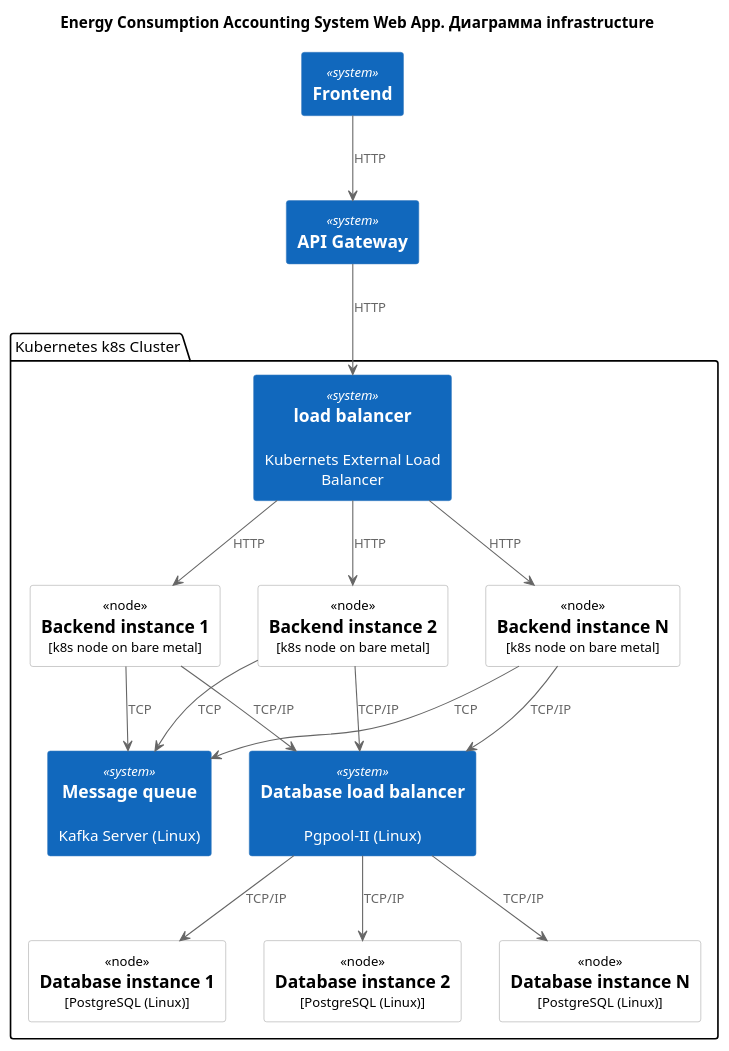
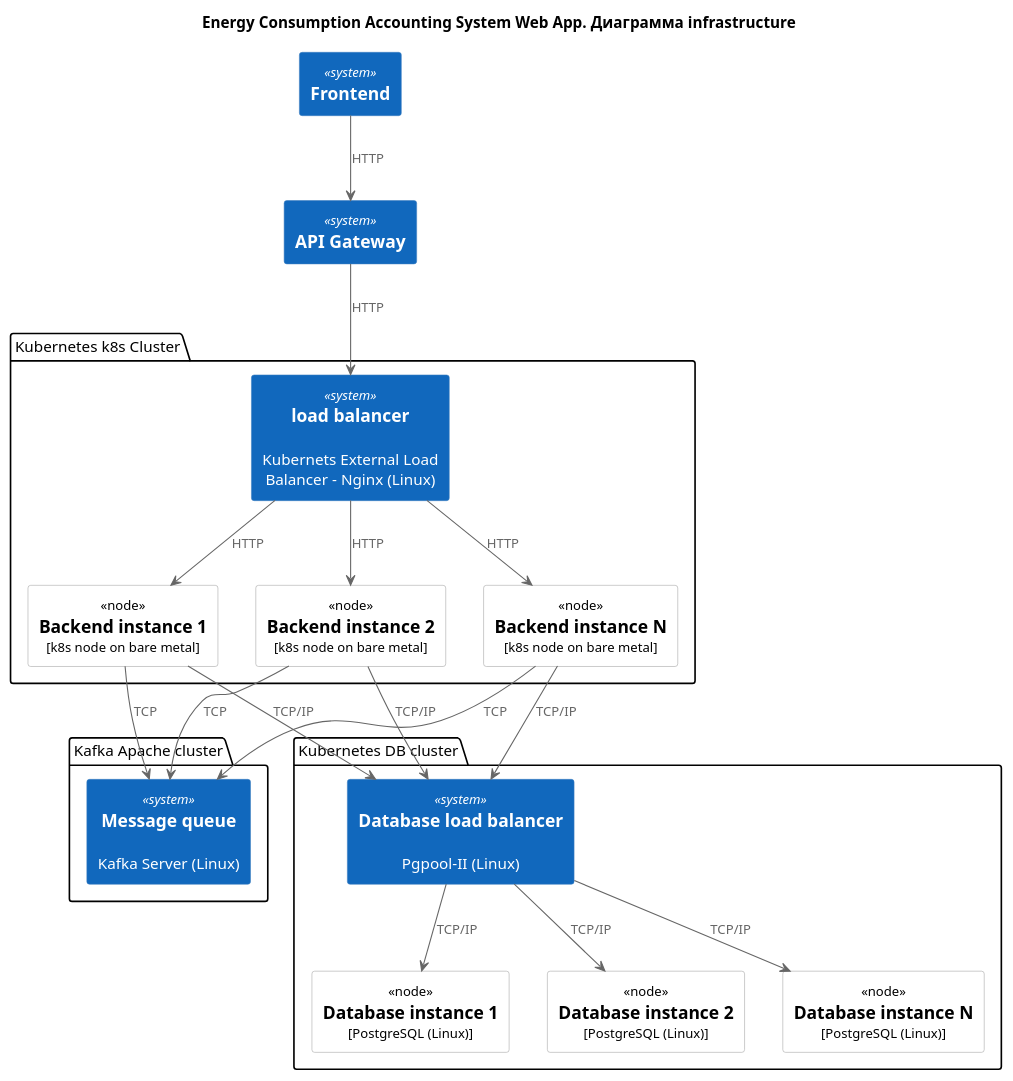
One commit to Grishw/PPO changed the diagram in 2. Технический проект/C4/infrastructure.puml. Above: the diagram before and after it, drawn with PlantUML.

```diff
--- a/2. Технический проект/C4/infrastructure.puml
+++ b/2. Технический проект/C4/infrastructure.puml
@@ -1,55 +1,56 @@
 @startuml Energy Consumption Accounting System Web App. Диаграмма infrastructure
 ' C4
 !include https://raw.githubusercontent.com/plantuml-stdlib/C4-PlantUML/master/C4_Deployment.puml
 
 '
 title "Energy Consumption Accounting System Web App. Диаграмма infrastructure"
 
 '
 System(trading_frontend_instance, "Frontend")
 System(trading_api_gateway, "API Gateway")
 
 
 
 package "Kubernetes k8s Cluster" {  
     ' Balancer
-    System(trading_backend_load_balancer, "load balancer", "Kubernets External Load Balancer", "")
+    System(trading_backend_load_balancer, "load balancer", "Kubernets External Load Balancer - Nginx (Linux)", "")
 
     ' Node (Kubernets)
     Deployment_Node(trading_backend_instance_1, "Backend instance 1", "k8s node on bare metal")
     Deployment_Node(trading_backend_instance_2, "Backend instance 2", "k8s node on bare metal")
     Deployment_Node(trading_backend_instance_N, "Backend instance N", "k8s node on bare metal")    
-
+}
 
 
 ' Queue
-System(trading_message_queue, "Message queue", "Kafka Server (Linux)")
+package "Kafka Apache cluster" { 
+    System(trading_message_queue, "Message queue", "Kafka Server (Linux)")
+}
 
-
-
+package "Kubernetes DB cluster" { 
     ' Db Balancer
     System(trading_db_load_balancer, "Database load balancer", "Pgpool-II (Linux)")
 
     ' db node
     Deployment_Node(trading_db_instance_1, "Database instance 1", "PostgreSQL (Linux)")
     Deployment_Node(trading_db_instance_2, "Database instance 2", "PostgreSQL (Linux)")
     Deployment_Node(trading_db_instance_N, "Database instance N", "PostgreSQL (Linux)")
 }
 
 ' referenses
 trading_frontend_instance --> trading_api_gateway : "HTTP"
 trading_api_gateway --> trading_backend_load_balancer : "HTTP"
 trading_backend_load_balancer --> trading_backend_instance_1 : "HTTP"
 trading_backend_load_balancer --> trading_backend_instance_2 : "HTTP"
 trading_backend_load_balancer --> trading_backend_instance_N : "HTTP"
 trading_backend_instance_1 --> trading_message_queue : "TCP"
 trading_backend_instance_2 --> trading_message_queue : "TCP"
 trading_backend_instance_N --> trading_message_queue : "TCP"
 trading_backend_instance_1 --> trading_db_load_balancer : "TCP/IP"
 trading_backend_instance_2 --> trading_db_load_balancer : "TCP/IP"
 trading_backend_instance_N --> trading_db_load_balancer : "TCP/IP"
 trading_db_load_balancer --> trading_db_instance_1 : "TCP/IP"
 trading_db_load_balancer --> trading_db_instance_2 : "TCP/IP"
 trading_db_load_balancer --> trading_db_instance_N : "TCP/IP"
 
 @enduml
```
